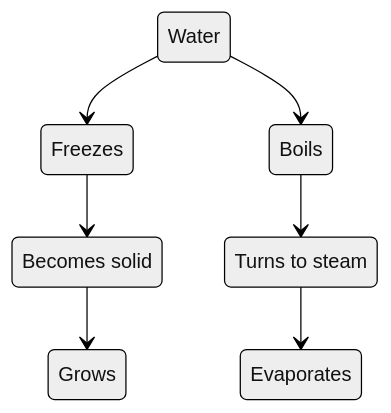
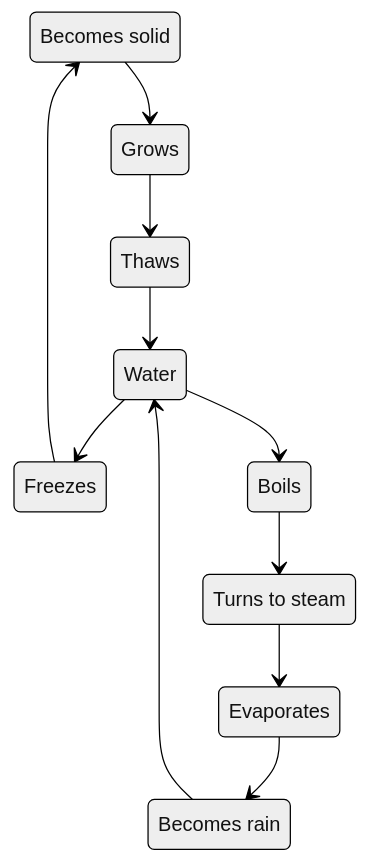
Before and after one commit to slaucks/slaucks.github.io: the diagram in Diagram.md, drawn with Mermaid (neutral theme).

````diff
--- a/Diagram.md
+++ b/Diagram.md
@@ -1,14 +1,19 @@
 ```mermaid
 
 stateDiagram-v2
     s1 : Becomes solid
     s2: Turns to steam
-    
+    s3: Becomes rain
+
     Water --> Freezes
     Water --> Boils
 
     Freezes --> s1
     s1 --> Grows
     Boils --> s2
     s2 --> Evaporates 
+    Evaporates --> s3
+    s3 --> Water
+    Grows --> Thaws
+    Thaws --> Water
 ```
````
